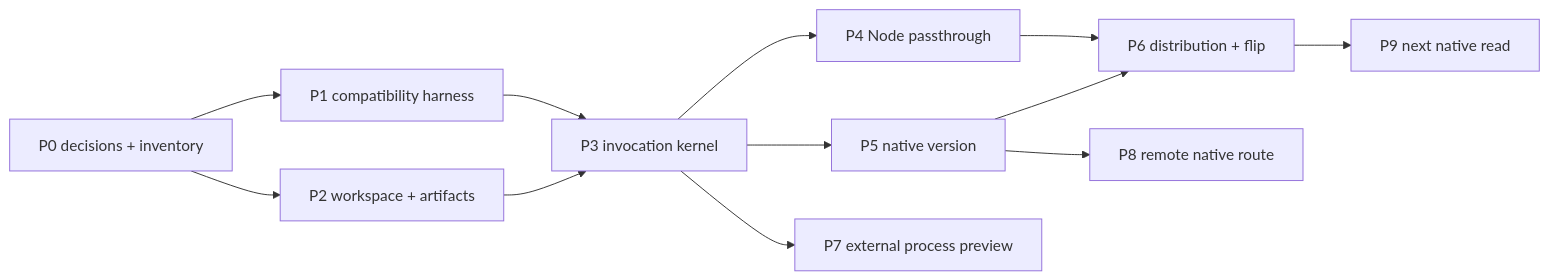
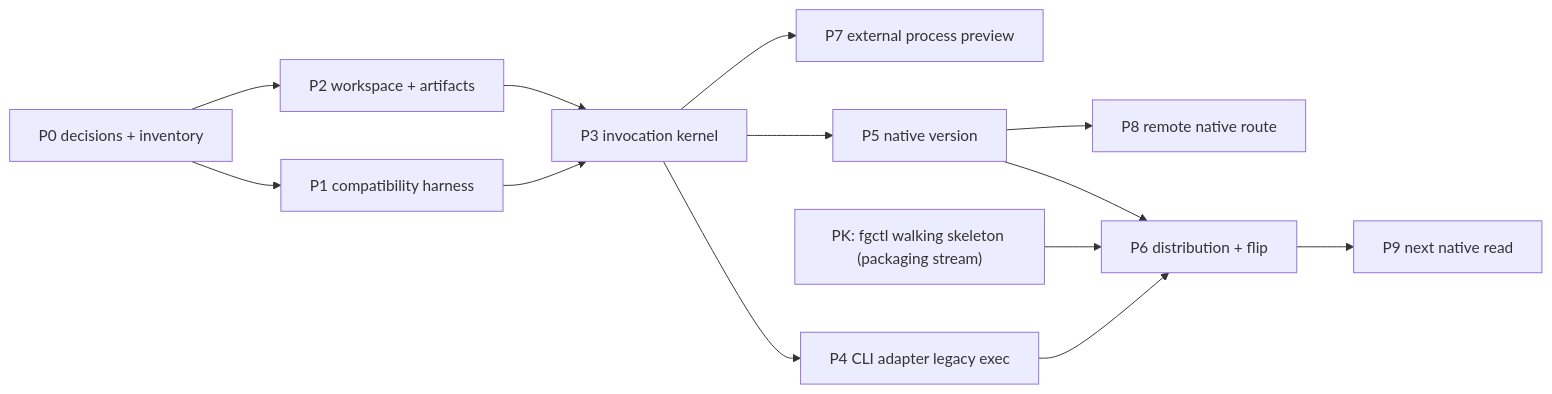
The diagram in docs/architect/host-invocation-routing/rust-cli-and-proof-components-plan.md (vantt/forgent), drawn with Mermaid before and after one commit. The commit also changed other lines of this file and 24 other files, not shown here.

````diff
--- a/docs/architect/host-invocation-routing/rust-cli-and-proof-components-plan.md
+++ b/docs/architect/host-invocation-routing/rust-cli-and-proof-components-plan.md
@@ -62,14 +84,15 @@
 ```mermaid
 flowchart LR
     P0[P0 decisions + inventory] --> P1[P1 compatibility harness]
     P0 --> P2[P2 workspace + artifacts]
     P1 --> P3[P3 invocation kernel]
     P2 --> P3
-    P3 --> P4[P4 Node passthrough]
+    P3 --> P4[P4 CLI adapter legacy exec]
     P3 --> P5[P5 native version]
     P4 --> P6[P6 distribution + flip]
     P5 --> P6
+    PK["PK: fgctl walking skeleton (packaging stream)"] --> P6
     P3 --> P7[P7 external process preview]
     P5 --> P8[P8 remote native route]
     P6 --> P9[P9 next native read]
 ```
````
